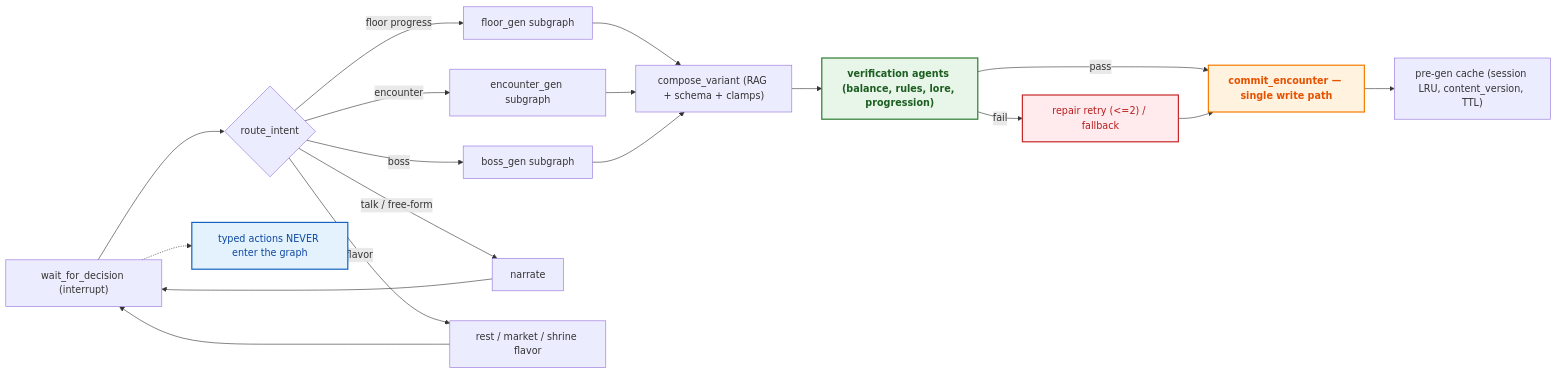
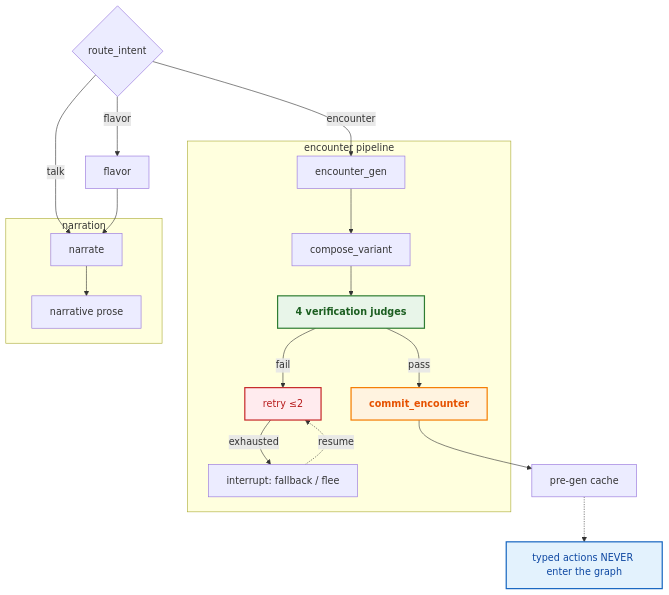
One commit to Ember96/Heirs-of-the-Abyss changed the first of 2 diagrams in docs/07-agent-design.md. Above: the diagram before and after it, drawn with Mermaid. The commit also changed other lines of this file, not shown here.

Commit message:
docs: rewrite D4/D9 mermaid diagrams — TD layout, subgraphs, match live code

````diff
--- a/docs/07-agent-design.md
+++ b/docs/07-agent-design.md
@@ -16,25 +16,29 @@
 ```mermaid
-flowchart LR
+flowchart TD
   classDef crit fill:#FFF3E0,stroke:#F57C00,stroke-width:2px,color:#E65100,font-weight:bold
   classDef ok   fill:#E8F5E9,stroke:#2E7D32,stroke-width:2px,color:#1B5E20,font-weight:bold
   classDef bad  fill:#FFEBEE,stroke:#C62828,stroke-width:2px,color:#B71C1C
   classDef info fill:#E3F2FD,stroke:#1565C0,stroke-width:2px,color:#0D47A1
 
-  WD["wait_for_decision (interrupt)"] --> RI{"route_intent"}
-  RI -->|floor progress| FG["floor_gen subgraph"]
-  RI -->|encounter| EG["encounter_gen subgraph"]
-  RI -->|boss| BG["boss_gen subgraph"]
-  RI -->|talk / free-form| NA["narrate"]
-  RI -->|flavor| FL["rest / market / shrine flavor"]
-  FG --> CV["compose_variant (RAG + schema + clamps)"]
-  EG --> CV
-  BG --> CV
-  CV --> VA["verification agents (balance, rules, lore, progression)"]:::ok
-  VA -->|pass| CE["commit_encounter — single write path"]:::crit
-  VA -->|fail| FB["repair retry (<=2) / fallback"]:::bad
-  FB --> CE
-  CE --> CACHE["pre-gen cache (session LRU, content_version, TTL)"]
-  NA --> WD
-  FL --> WD
-  WD -.-> N1["typed actions NEVER enter the graph"]:::info
+  RI{"route_intent"} -->|encounter| EG["encounter_gen"]
+  RI -->|talk| NA["narrate"]
+  RI -->|flavor| FL["flavor"]
+
+  subgraph gen ["encounter pipeline"]
+    EG --> CV["compose_variant"]
+    CV --> VA["4 verification judges"]:::ok
+    VA -->|pass| CE["commit_encounter"]:::crit
+    VA -->|fail| FB["retry ≤2"]:::bad
+    FB -->|exhausted| WD["interrupt: fallback / flee"]
+  end
+
+  subgraph narr ["narration"]
+    NA --> TXT["narrative prose"]
+  end
+
+  CE --> CACHE["pre-gen cache"]
+  FL --> NA
+
+  WD -.->|resume| FB
+  CACHE -.-> N1["typed actions NEVER enter the graph"]:::info
 ```
````
